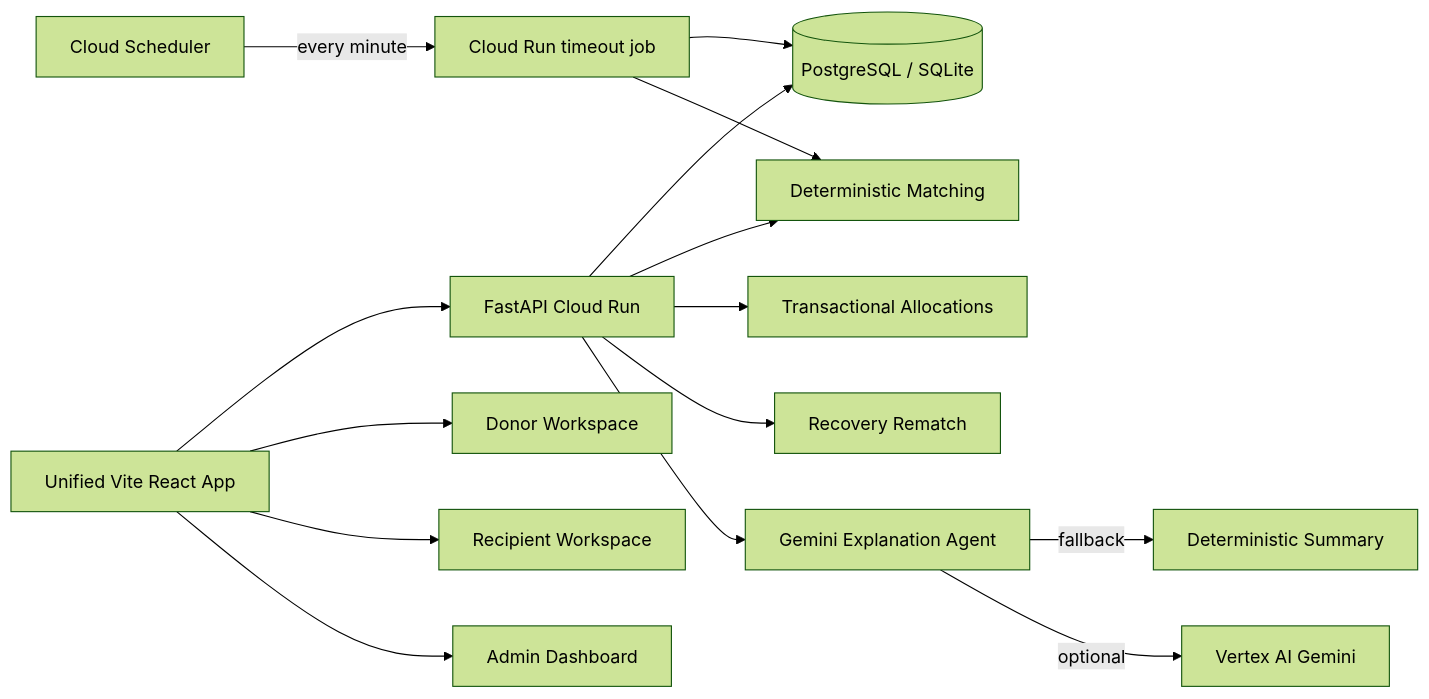
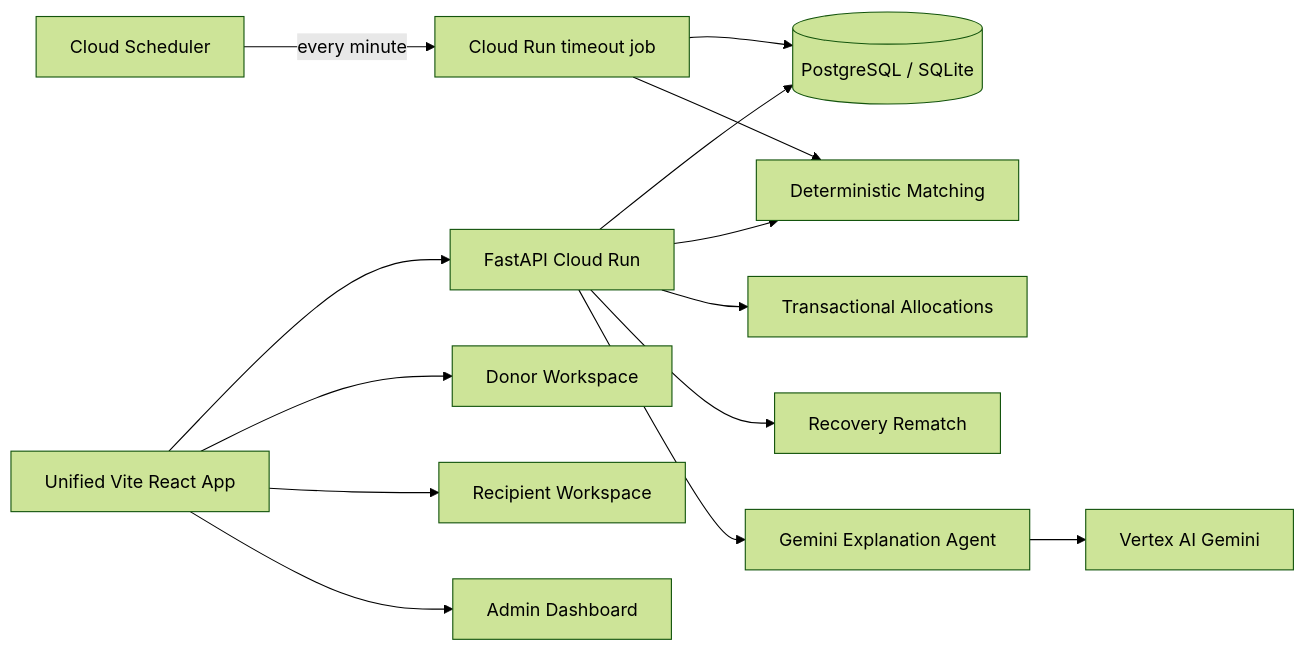
One commit to murali7032/RescueFlow-AI changed the diagram in docs/ARCHITECTURE.md. Above: the diagram before and after it, drawn with Mermaid (forest theme). The commit also changed 1 other file, not shown here.

Commit message:
architecture review

````diff
--- a/docs/ARCHITECTURE.md
+++ b/docs/ARCHITECTURE.md
@@ -5,17 +5,16 @@
 ```mermaid
 flowchart LR
   WebUI[Unified Vite React App] --> API[FastAPI Cloud Run]
   WebUI --> Donor[Donor Workspace]
   WebUI --> Recipient[Recipient Workspace]
   WebUI --> Admin[Admin Dashboard]
   API --> DB[(PostgreSQL / SQLite)]
   API --> Match[Deterministic Matching]
   API --> Alloc[Transactional Allocations]
   API --> Recovery[Recovery Rematch]
   API --> Agent[Gemini Explanation Agent]
-  Agent -->|fallback| LocalExplain[Deterministic Summary]
-  Agent -->|optional| Vertex[Vertex AI Gemini]
+  Agent -->Vertex[Vertex AI Gemini]
   Scheduler[Cloud Scheduler] -->|every minute| TimeoutJob[Cloud Run timeout job]
   TimeoutJob --> DB
   TimeoutJob --> Match
 ```
````
